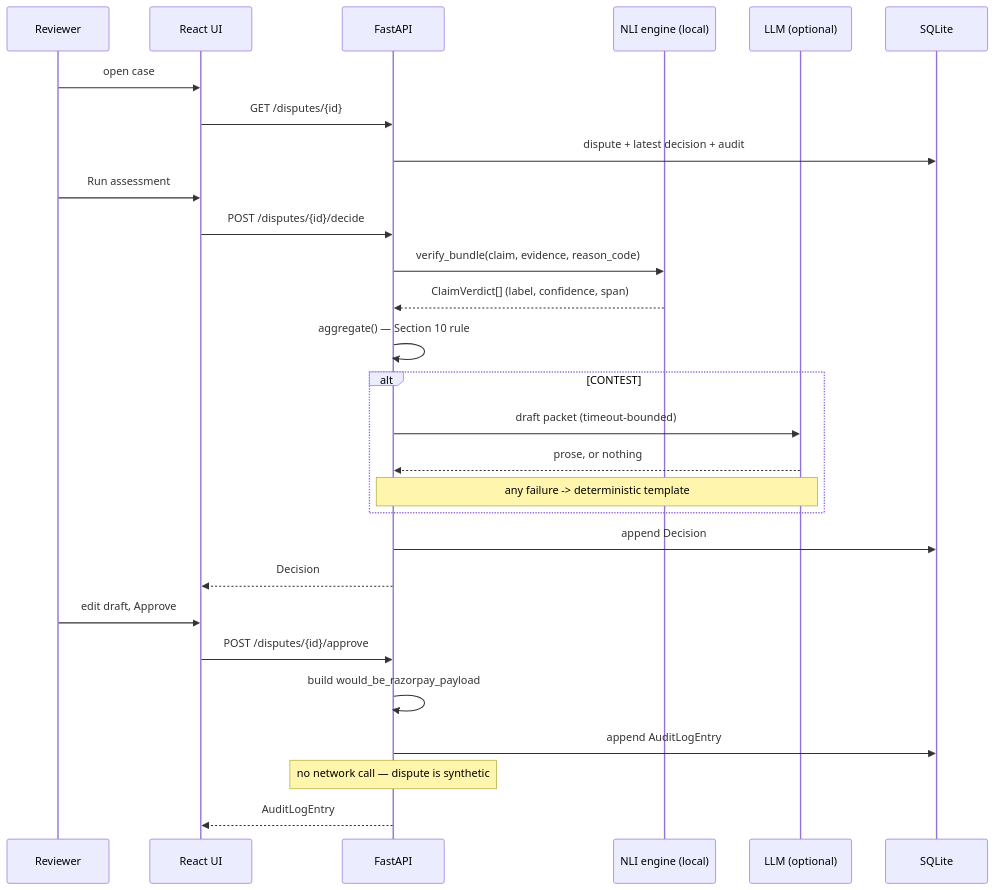
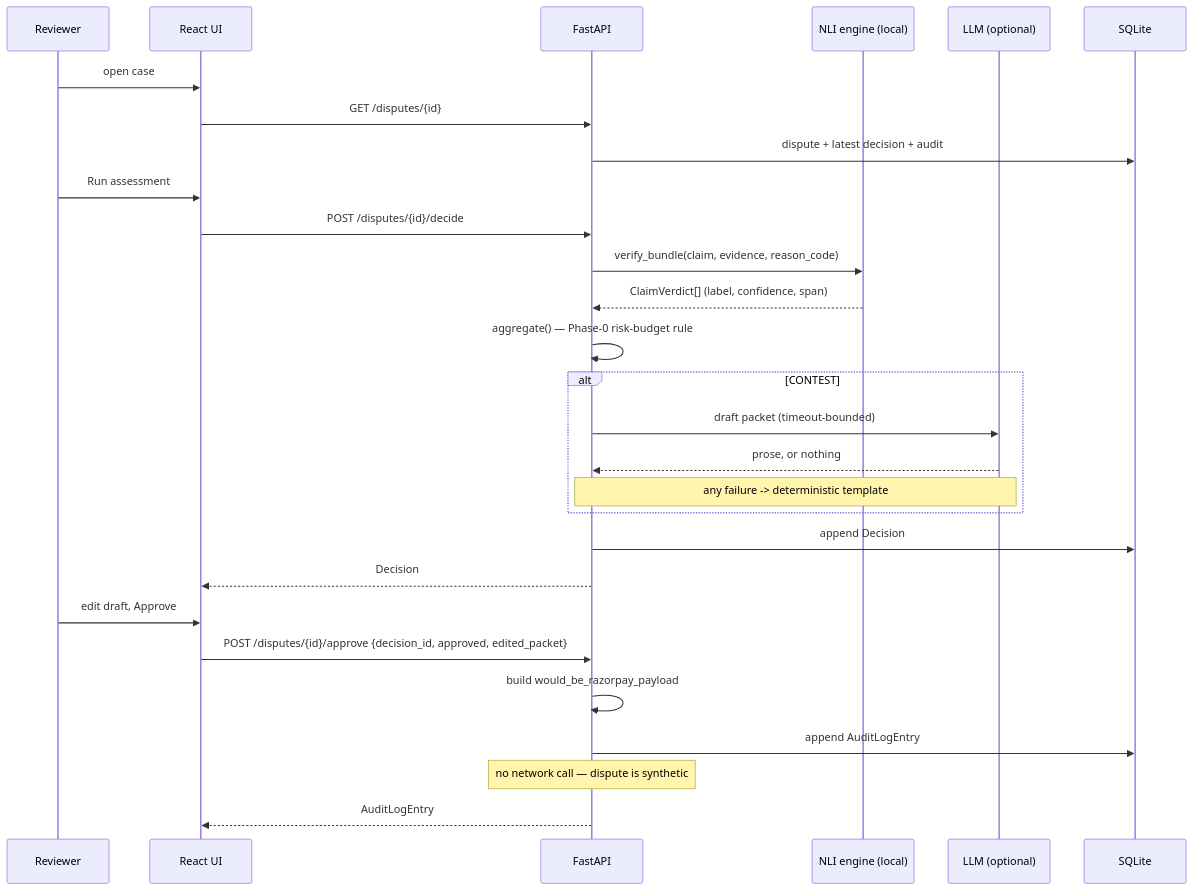
Before and after one commit to Darsh-14/Coconut: the diagram in ARCHITECTURE.md, drawn with Mermaid. The commit also changed other lines of this file and 57 other files, not shown here.

````diff
--- a/ARCHITECTURE.md
+++ b/ARCHITECTURE.md
@@ -23,31 +23,31 @@
 ```mermaid
 sequenceDiagram
     participant U as Reviewer
     participant F as React UI
     participant A as FastAPI
     participant N as NLI engine (local)
     participant L as LLM (optional)
     participant DB as SQLite
 
     U->>F: open case
     F->>A: GET /disputes/{id}
     A->>DB: dispute + latest decision + audit
     U->>F: Run assessment
     F->>A: POST /disputes/{id}/decide
     A->>N: verify_bundle(claim, evidence, reason_code)
     N-->>A: ClaimVerdict[] (label, confidence, span)
-    A->>A: aggregate() — Section 10 rule
+    A->>A: aggregate() — Phase-0 risk-budget rule
     alt CONTEST
         A->>L: draft packet (timeout-bounded)
         L-->>A: prose, or nothing
         Note over A,L: any failure -> deterministic template
     end
     A->>DB: append Decision
     A-->>F: Decision
     U->>F: edit draft, Approve
-    F->>A: POST /disputes/{id}/approve
+    F->>A: POST /disputes/{id}/approve {decision_id, approved, edited_packet}
     A->>A: build would_be_razorpay_payload
     A->>DB: append AuditLogEntry
     Note over A: no network call — dispute is synthetic
     A-->>F: AuditLogEntry
 ```
````
